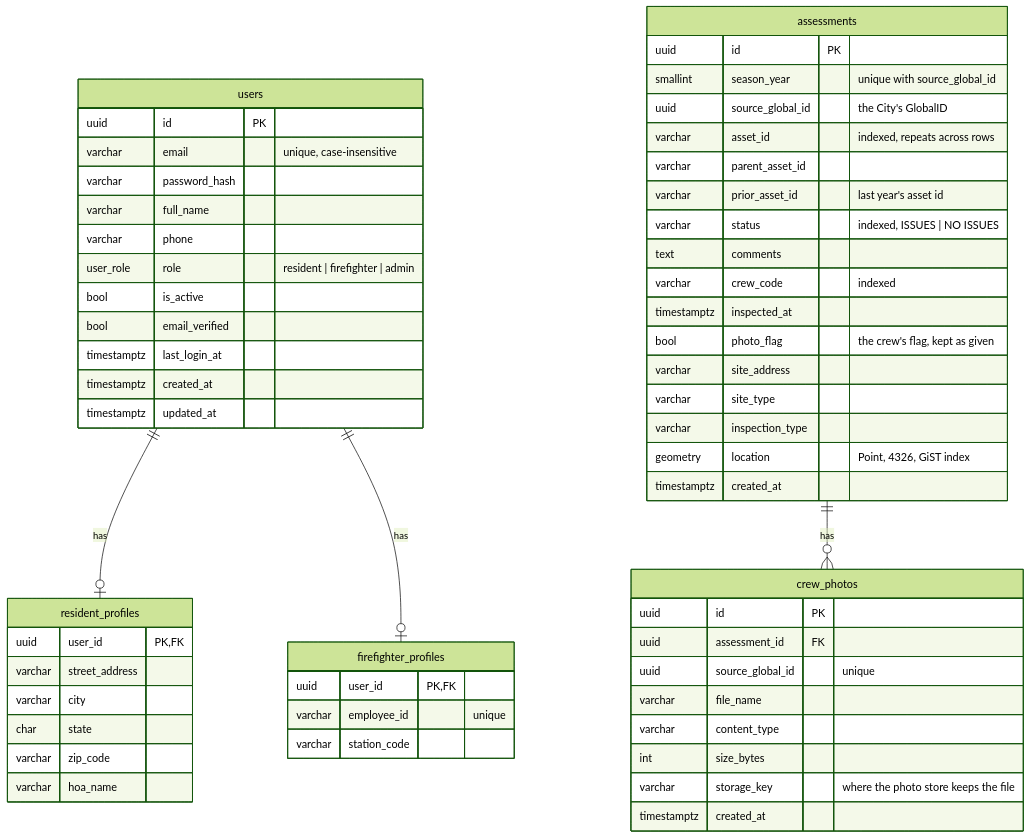
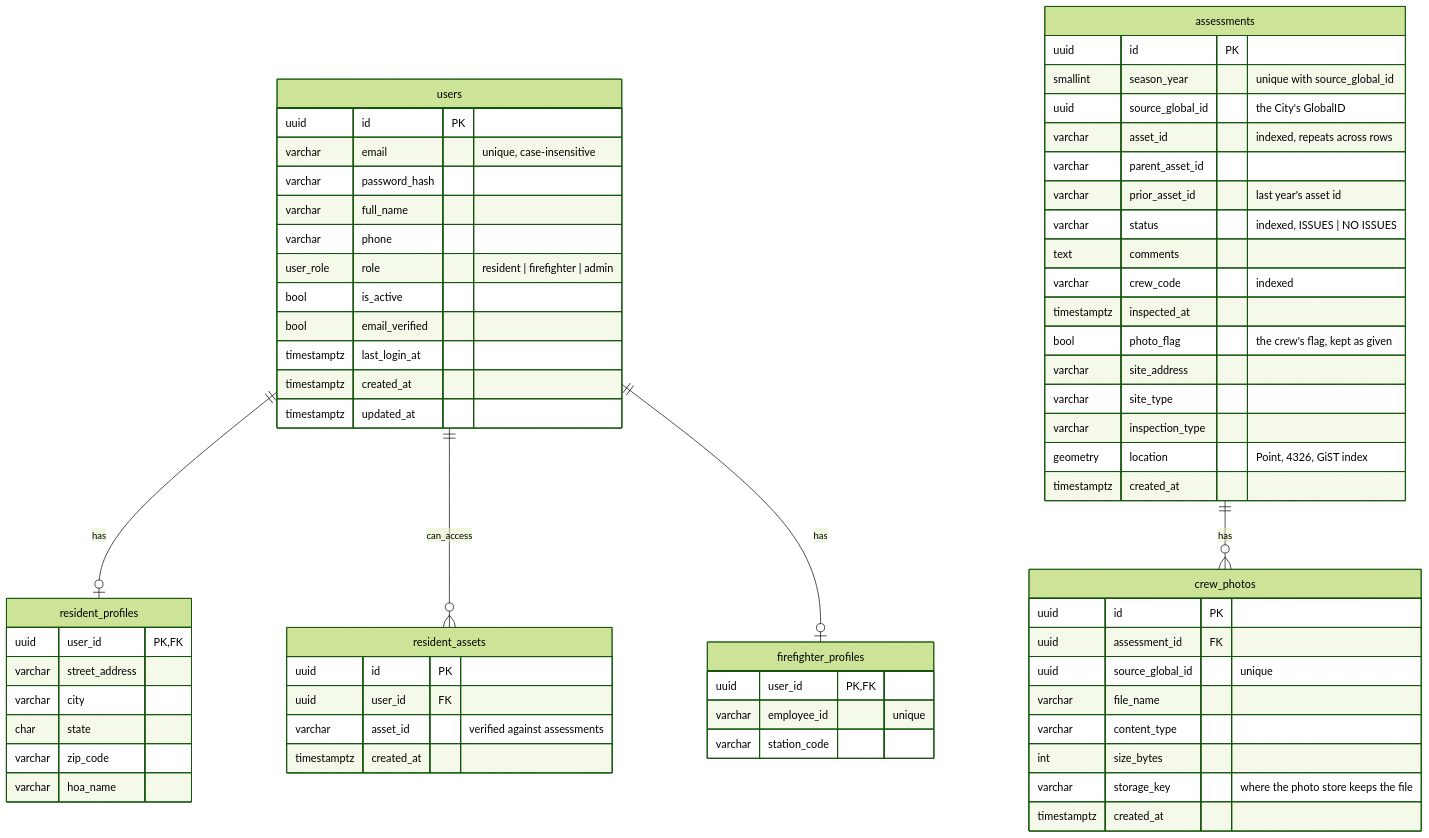
One commit to fliu-sfd/Fire_Haz_Veg_Portal changed the diagram in docs/database.md. Above: the diagram before and after it, drawn with Mermaid (forest theme). The commit also changed other lines of this file and 4 other files, not shown here.

````diff
--- a/docs/database.md
+++ b/docs/database.md
@@ -28,61 +28,68 @@
 ```mermaid
 erDiagram
     users ||--o| resident_profiles : has
+    users ||--o{ resident_assets : can_access
     users ||--o| firefighter_profiles : has
     assessments ||--o{ crew_photos : has
 
     users {
         uuid id PK
         varchar email "unique, case-insensitive"
         varchar password_hash
         varchar full_name
         varchar phone
         user_role role "resident | firefighter | admin"
         bool is_active
         bool email_verified
         timestamptz last_login_at
         timestamptz created_at
         timestamptz updated_at
     }
     resident_profiles {
         uuid user_id PK, FK
         varchar street_address
         varchar city
         char state
         varchar zip_code
         varchar hoa_name
+    }
+    resident_assets {
+        uuid id PK
+        uuid user_id FK
+        varchar asset_id "verified against assessments"
+        timestamptz created_at
     }
     firefighter_profiles {
         uuid user_id PK, FK
         varchar employee_id "unique"
         varchar station_code
     }
     assessments {
         uuid id PK
         smallint season_year "unique with source_global_id"
         uuid source_global_id "the City's GlobalID"
         varchar asset_id "indexed, repeats across rows"
         varchar parent_asset_id
         varchar prior_asset_id "last year's asset id"
         varchar status "indexed, ISSUES | NO ISSUES"
         text comments
         varchar crew_code "indexed"
         timestamptz inspected_at
         bool photo_flag "the crew's flag, kept as given"
         varchar site_address
         varchar site_type
         varchar inspection_type
         geometry location "Point, 4326, GiST index"
         timestamptz created_at
     }
     crew_photos {
         uuid id PK
         uuid assessment_id FK
         uuid source_global_id "unique"
         varchar file_name
         varchar content_type
         int size_bytes
         varchar storage_key "where the photo store keeps the file"
         timestamptz created_at
     }
 ```
````
